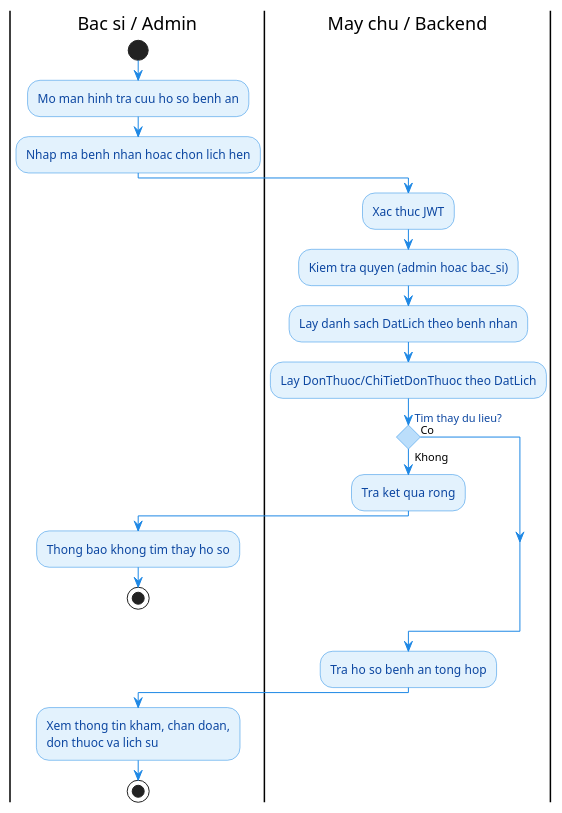
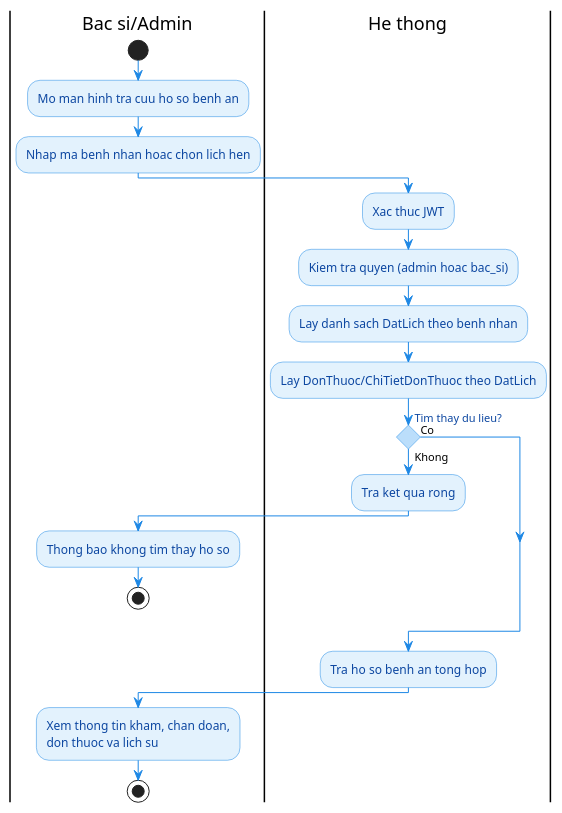
One commit to yqhuouc/HealthCare changed the diagram in server/doc/diagrams/ACT_09_TraCuuHoSoBenhAn.puml. Above: the diagram before and after it, drawn with PlantUML. The commit also changed 12 other files, not shown here.

Commit message:
docs: add PlantUML activity diagrams for core system workflows and initialize server configuration files

```diff
--- a/server/doc/diagrams/ACT_09_TraCuuHoSoBenhAn.puml
+++ b/server/doc/diagrams/ACT_09_TraCuuHoSoBenhAn.puml
@@ -1,45 +1,45 @@
 @startuml Activity_TraCuuHoSoBenhAn
 
 skinparam shadowing false
 skinparam backgroundColor white
 skinparam conditionStyle diamond
 skinparam ConditionEndStyle hline
 
 skinparam activity {
   BackgroundColor #E3F2FD
   BorderColor #1E88E5
   FontColor #0D47A1
   RoundCorner 15
 }
 
 skinparam activityDiamondBackgroundColor #BBDEFB
 skinparam activityDiamondBorderColor #1E88E5
 skinparam activityDiamondFontColor #0D47A1
 skinparam ArrowColor #1E88E5
 
-|Bac si / Admin|
+|Bac si/Admin|
 start
 :Mo man hinh tra cuu ho so benh an;
 :Nhap ma benh nhan hoac chon lich hen;
 
-|May chu / Backend|
+|He thong|
 :Xac thuc JWT;
 :Kiem tra quyen (admin hoac bac_si);
 :Lay danh sach DatLich theo benh nhan;
 :Lay DonThuoc/ChiTietDonThuoc theo DatLich;
 
 if (Tim thay du lieu?) then (Khong)
   :Tra ket qua rong;
-  |Bac si / Admin|
+  |Bac si/Admin|
   :Thong bao khong tim thay ho so;
   stop
 else (Co)
 endif
 
-|May chu / Backend|
+|He thong|
 :Tra ho so benh an tong hop;
 
-|Bac si / Admin|
+|Bac si/Admin|
 :Xem thong tin kham, chan doan,\ndon thuoc va lich su;
 stop
 @enduml
```
